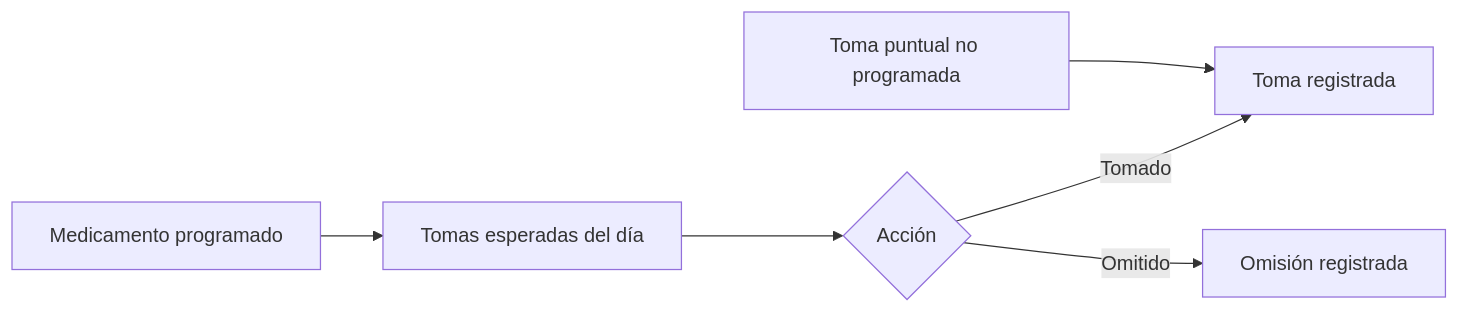
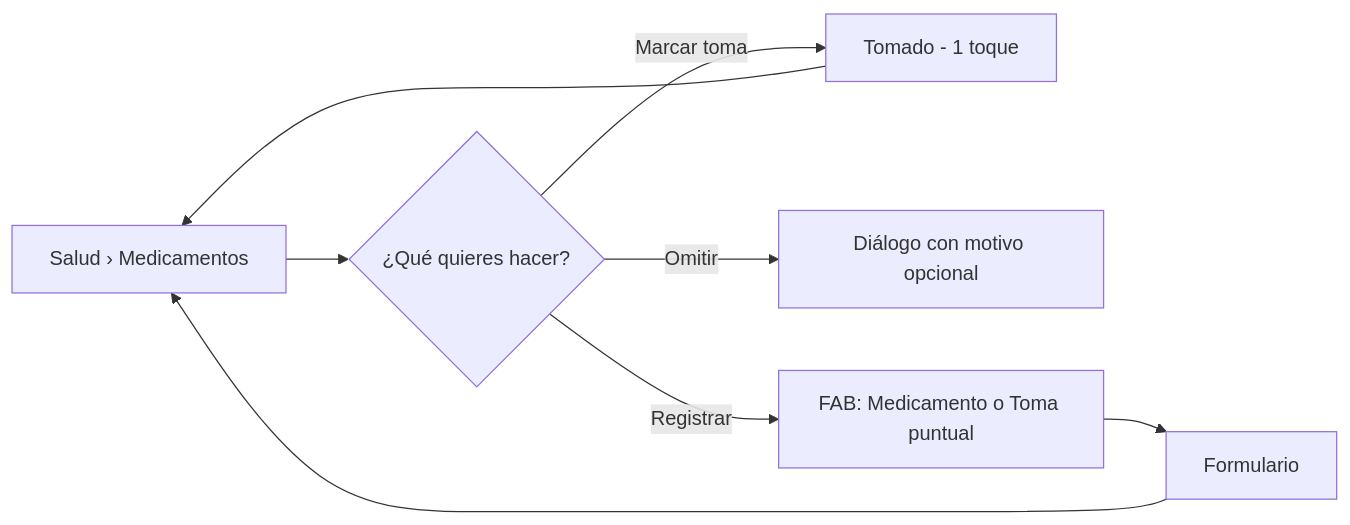
One commit to edwin-ortizp/miso changed the diagram in docs/backlog/to-do/CHG-129-salud-medicamentos-tomados-y-por-tomar-c/CHANGE.md. Above: the diagram before and after it, drawn with Mermaid. The commit also changed other lines of this file and 2 other files, not shown here.

First line of the commit message:
docs: UX/UI de CHG-122, CHG-129 y CHG-130 con bocetos, estados y textos

````diff
--- a/docs/backlog/to-do/CHG-129-salud-medicamentos-tomados-y-por-tomar-c/CHANGE.md
+++ b/docs/backlog/to-do/CHG-129-salud-medicamentos-tomados-y-por-tomar-c/CHANGE.md
@@ -39,8 +50,10 @@
 ```mermaid
 flowchart LR
-  A[Medicamento programado] --> B[Tomas esperadas del día]
-  B --> C{Acción}
-  C -->|Tomado| D[Toma registrada]
-  C -->|Omitido| E[Omisión registrada]
-  F[Toma puntual no programada] --> D
+  A[Salud › Medicamentos] --> B{¿Qué quieres hacer?}
+  B -->|Marcar toma| C[Tomado - 1 toque]
+  B -->|Omitir| D[Diálogo con motivo opcional]
+  B -->|Registrar| E[FAB: Medicamento o Toma puntual]
+  E --> F[Formulario]
+  F --> A
+  C --> A
 ```
````
